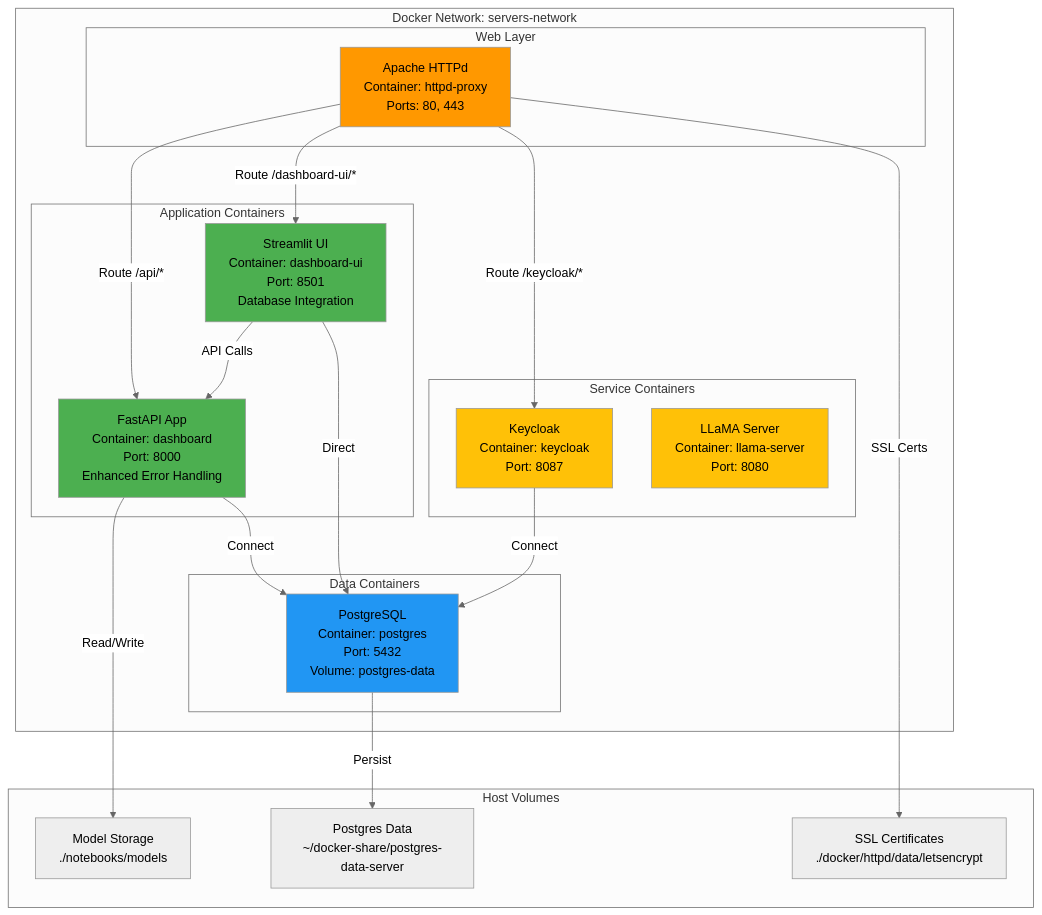
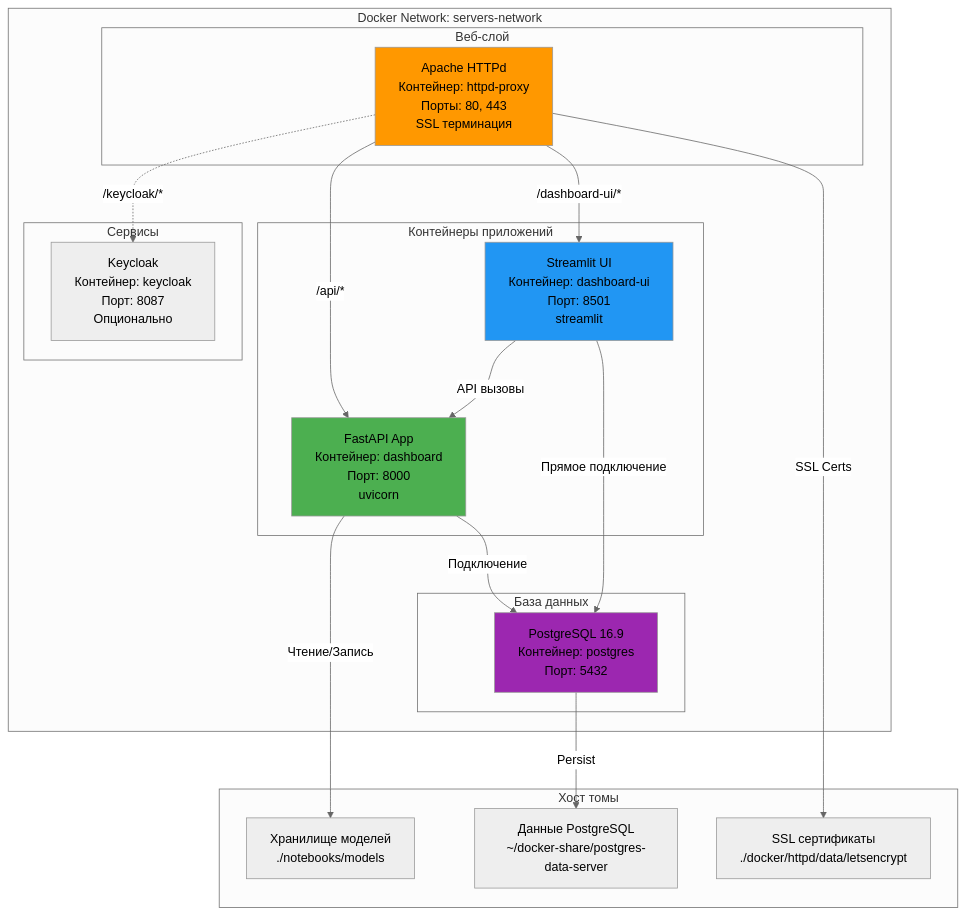
The ninth of 13 diagrams in docs/ARCHITECTURE.md (sweetd0vee/servers-dashboard), drawn with Mermaid (neutral theme) before and after one commit. The commit also changed other lines of this file and 1 other file, not shown here.

````diff
--- a/docs/ARCHITECTURE.md
+++ b/docs/ARCHITECTURE.md
@@ -486,48 +434,44 @@
 ```mermaid
 graph TB
     subgraph "Docker Network: servers-network"
-        subgraph "Web Layer"
-            HTTPd[Apache HTTPd<br/>Container: httpd-proxy<br/>Ports: 80, 443]
+        subgraph "Веб-слой"
+            HTTPd[Apache HTTPd<br/>Контейнер: httpd-proxy<br/>Порты: 80, 443<br/>SSL терминация]
         end
         
-        subgraph "Application Containers"
-            API_Container[FastAPI App<br/>Container: dashboard<br/>Port: 8000<br/>Enhanced Error Handling]
-            UI_Container[Streamlit UI<br/>Container: dashboard-ui<br/>Port: 8501<br/>Database Integration]
+        subgraph "Контейнеры приложений"
+            API[FastAPI App<br/>Контейнер: dashboard<br/>Порт: 8000<br/>uvicorn]
+            UI[Streamlit UI<br/>Контейнер: dashboard-ui<br/>Порт: 8501<br/>streamlit]
         end
         
-        subgraph "Service Containers"
-            Keycloak[Keycloak<br/>Container: keycloak<br/>Port: 8087]
-            LLaMA[LLaMA Server<br/>Container: llama-server<br/>Port: 8080]
+        subgraph "Сервисы"
+            Keycloak[Keycloak<br/>Контейнер: keycloak<br/>Порт: 8087<br/>Опционально]
         end
         
-        subgraph "Data Containers"
-            Postgres[PostgreSQL<br/>Container: postgres<br/>Port: 5432<br/>Volume: postgres-data]
+        subgraph "База данных"
+            Postgres[PostgreSQL 16.9<br/>Контейнер: postgres<br/>Порт: 5432]
         end
     end
     
-    subgraph "Host Volumes"
-        ModelStorage[Model Storage<br/>./notebooks/models]
-        PostgresData[Postgres Data<br/>~/docker-share/postgres-data-server]
-        SSL_Certs[SSL Certificates<br/>./docker/httpd/data/letsencrypt]
+    subgraph "Хост томы"
+        ModelStorage[Хранилище моделей<br/>./notebooks/models]
+        PostgresData[Данные PostgreSQL<br/>~/docker-share/postgres-data-server]
+        SSL[SSL сертификаты<br/>./docker/httpd/data/letsencrypt]
     end
     
-    HTTPd -->|Route /api/*| API_Container
-    HTTPd -->|Route /dashboard-ui/*| UI_Container
-    HTTPd -->|Route /keycloak/*| Keycloak
+    HTTPd -->|/api/*| API
+    HTTPd -->|/dashboard-ui/*| UI
+    HTTPd -.->|/keycloak/*| Keycloak
     
-    API_Container -->|Connect| Postgres
-    UI_Container -->|API Calls| API_Container
-    UI_Container -->|Direct| Postgres
-    Keycloak -->|Connect| Postgres
+    API -->|Подключение| Postgres
+    UI -->|Прямое подключение| Postgres
+    UI -->|API вызовы| API
     
-    API_Container -->|Read/Write| ModelStorage
+    API -->|Чтение/Запись| ModelStorage
     Postgres -->|Persist| PostgresData
-    HTTPd -->|SSL Certs| SSL_Certs
+    HTTPd -->|SSL Certs| SSL
     
     style HTTPd fill:#ff9800
-    style API_Container fill:#4caf50
-    style UI_Container fill:#4caf50
-    style Postgres fill:#2196f3
-    style Keycloak fill:#ffc107
-    style LLaMA fill:#ffc107
+    style API fill:#4caf50
+    style UI fill:#2196f3
+    style Postgres fill:#9c27b0
 ```
````
